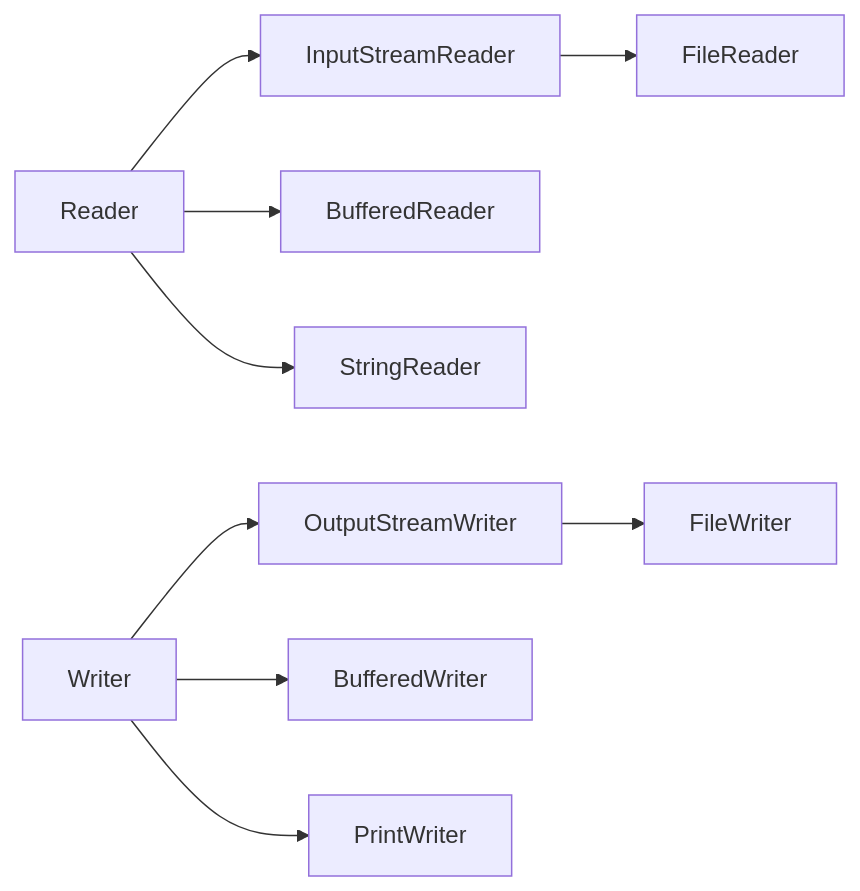
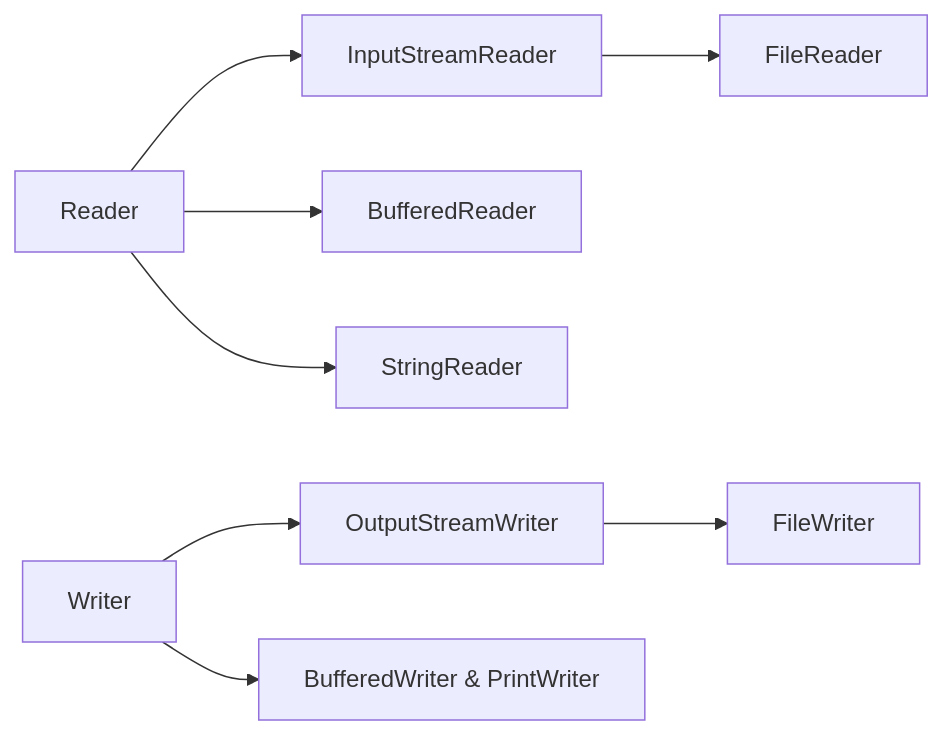
One commit to yjkim2015/yjkim2015.github.io changed the fourth of 11 diagrams in _posts/java/2026-05-01-java-io.md. Above: the diagram before and after it, drawn with Mermaid. The commit also changed other lines of this file and 48 other files, not shown here.

First line of the commit message:
Mermaid 최종 47건 수정: participant/노드/줄수/라벨 전부 기준 이하

````diff
--- a/_posts/java/2026-05-01-java-io.md
+++ b/_posts/java/2026-05-01-java-io.md
@@ -62,7 +62,7 @@
 ```mermaid
 graph LR
     RD["Reader"] --> ISR["InputStreamReader"] --> FR["FileReader"]
     RD --> BR["BufferedReader"] & SR["StringReader"]
     WR["Writer"] --> OSW["OutputStreamWriter"] --> FW["FileWriter"]
-    WR --> BW["BufferedWriter"] & PW["PrintWriter"]
+    WR --> BW["BufferedWriter & PrintWriter"]
 ```
````
